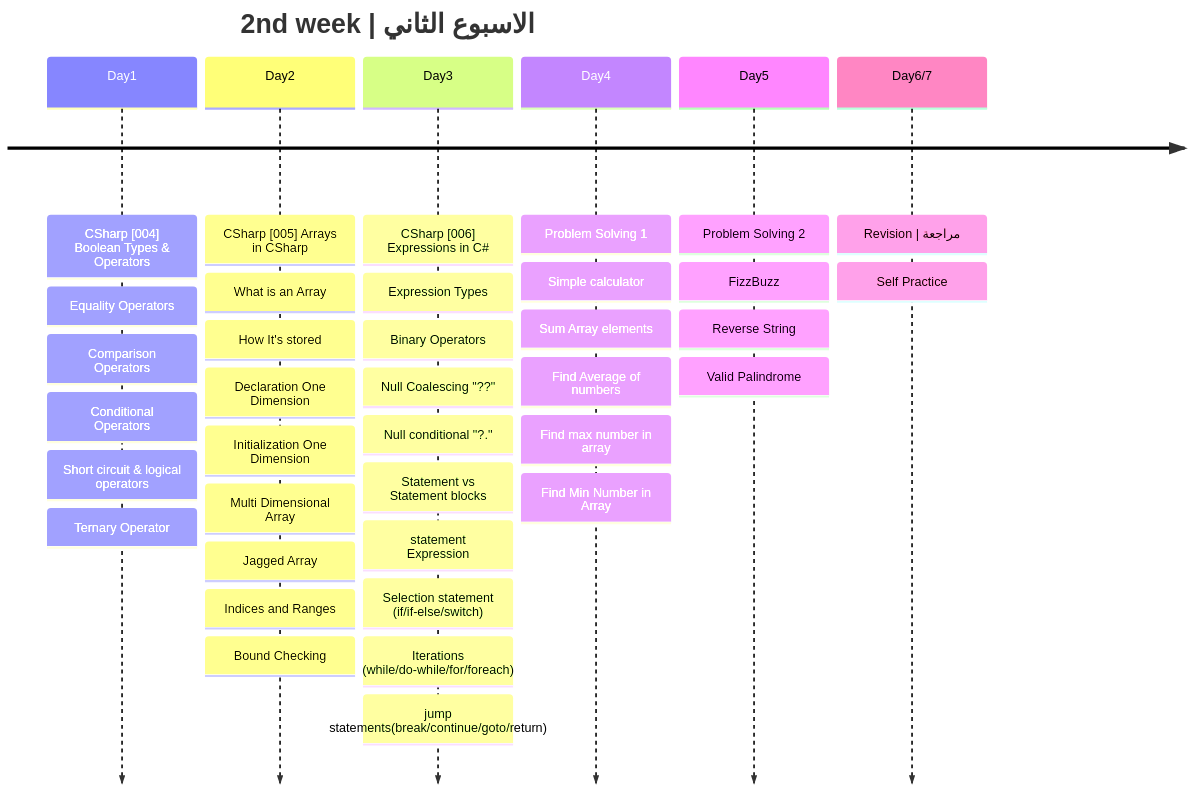
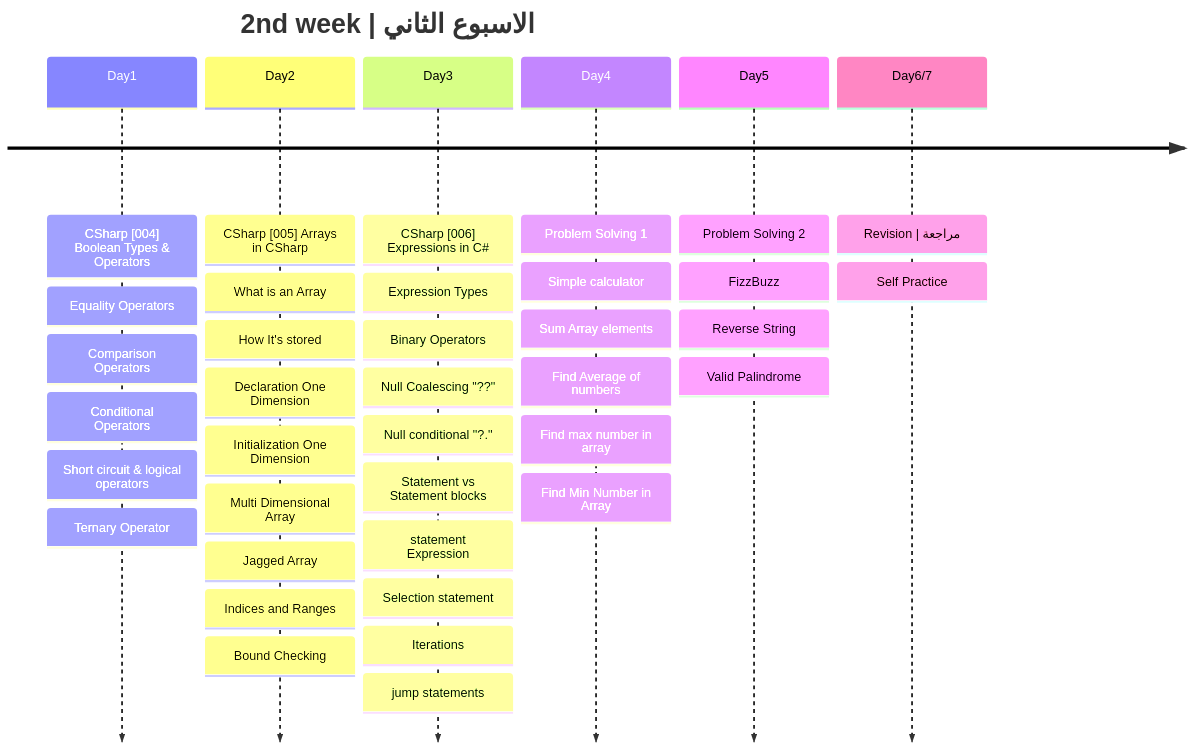
One commit to metigator/Roadmap changed the second of 2 diagrams in README.md. Above: the diagram before and after it, drawn with Mermaid.

````diff
--- a/README.md
+++ b/README.md
@@ -66,41 +66,41 @@
  ```mermaid
 timeline
     title 2nd week | الاسبوع الثاني
     Day1 : CSharp [004] Boolean Types & Operators
          : Equality Operators
          : Comparison Operators
          : Conditional Operators
          : Short circuit & logical operators 
          : Ternary Operator
     Day2 : CSharp [005] Arrays in CSharp
          : What is an Array
          : How It's stored
          : Declaration One Dimension
          : Initialization One Dimension
          : Multi Dimensional Array
          : Jagged Array
          : Indices and Ranges
          : Bound Checking
     Day3 : CSharp [006] Expressions in C#
          : Expression Types
          : Binary Operators
          : Null Coalescing "??"
          : Null conditional "?."
          : Statement vs Statement blocks
          : statement Expression
-         : Selection statement (if/if-else/switch)
-         : Iterations (while/do-while/for/foreach)
-         : jump statements(break/continue/goto/return)
+         : Selection statement
+         : Iterations
+         : jump statements
     Day4 : Problem Solving 1
          : Simple calculator
          : Sum Array elements
          : Find Average of numbers
          : Find max number in array
          : Find Min Number in Array
     Day5 : Problem Solving 2
          : FizzBuzz
          : Reverse String
          : Valid Palindrome
   Day6/7 : Revision | مراجعة
          : Self Practice    
 ```
````
